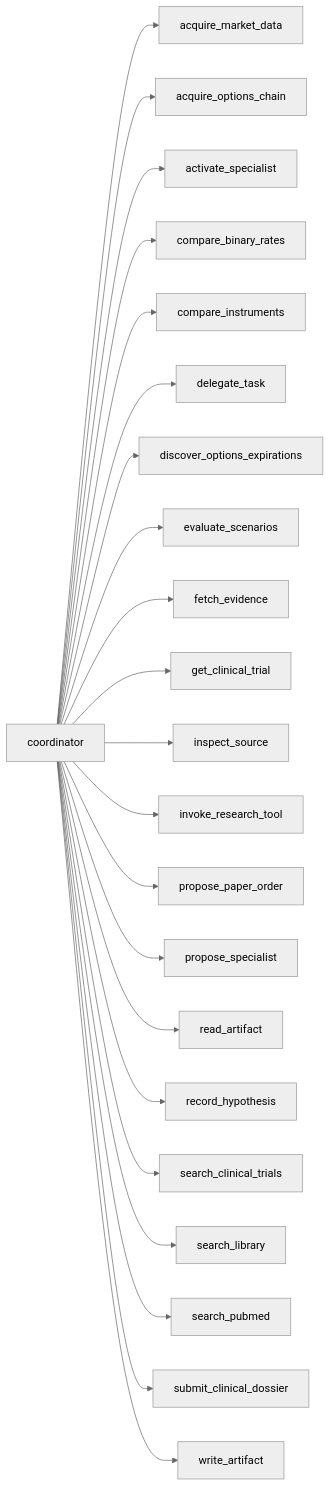
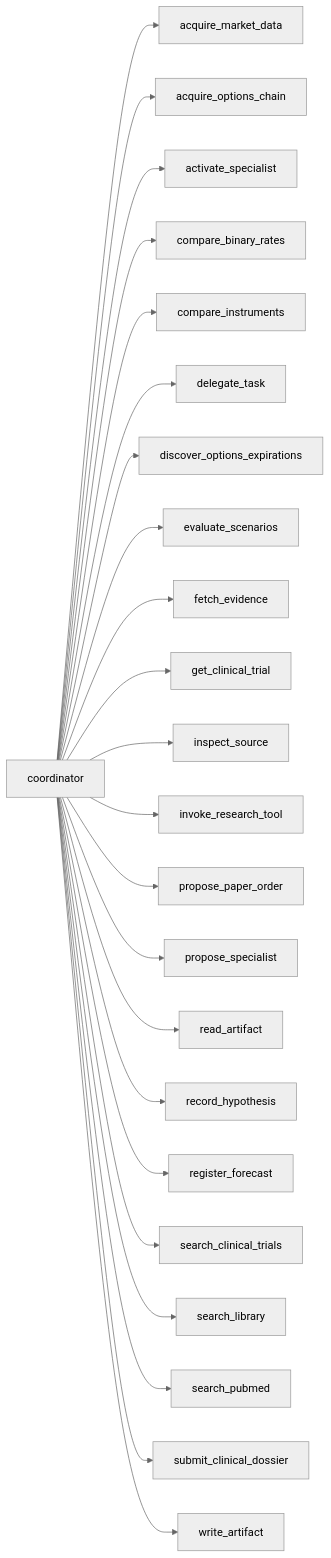
Before and after one commit to ashwindaswanibu/agentic-investment-research: the second of 6 diagrams in docs/generated/agent-architecture.md, drawn with Mermaid (neutral theme). The commit also changed other lines of this file and 25 other files, not shown here.

````diff
--- a/docs/generated/agent-architecture.md
+++ b/docs/generated/agent-architecture.md
@@ -35,25 +41,26 @@
 ```mermaid
 flowchart LR
  role["coordinator"]
  role --> tool_acquire_market_data["acquire_market_data"]
  role --> tool_acquire_options_chain["acquire_options_chain"]
  role --> tool_activate_specialist["activate_specialist"]
  role --> tool_compare_binary_rates["compare_binary_rates"]
  role --> tool_compare_instruments["compare_instruments"]
  role --> tool_delegate_task["delegate_task"]
  role --> tool_discover_options_expirations["discover_options_expirations"]
  role --> tool_evaluate_scenarios["evaluate_scenarios"]
  role --> tool_fetch_evidence["fetch_evidence"]
  role --> tool_get_clinical_trial["get_clinical_trial"]
  role --> tool_inspect_source["inspect_source"]
  role --> tool_invoke_research_tool["invoke_research_tool"]
  role --> tool_propose_paper_order["propose_paper_order"]
  role --> tool_propose_specialist["propose_specialist"]
  role --> tool_read_artifact["read_artifact"]
  role --> tool_record_hypothesis["record_hypothesis"]
+ role --> tool_register_forecast["register_forecast"]
  role --> tool_search_clinical_trials["search_clinical_trials"]
  role --> tool_search_library["search_library"]
  role --> tool_search_pubmed["search_pubmed"]
  role --> tool_submit_clinical_dossier["submit_clinical_dossier"]
  role --> tool_write_artifact["write_artifact"]
 ```
````
